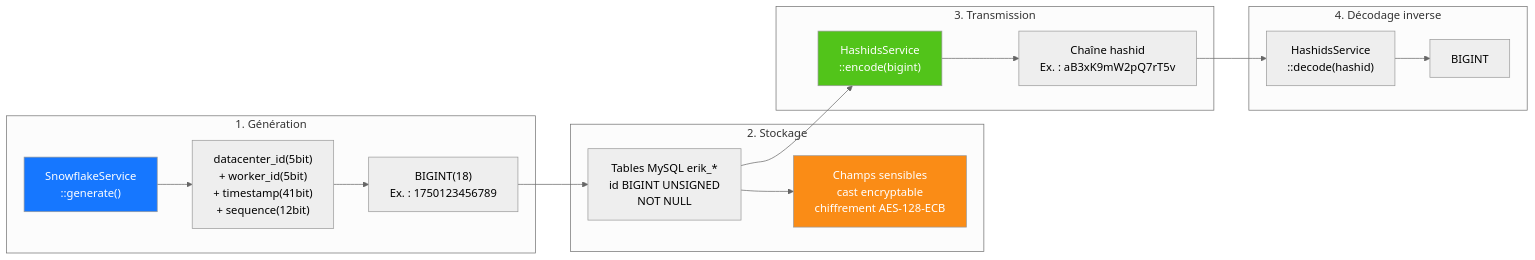
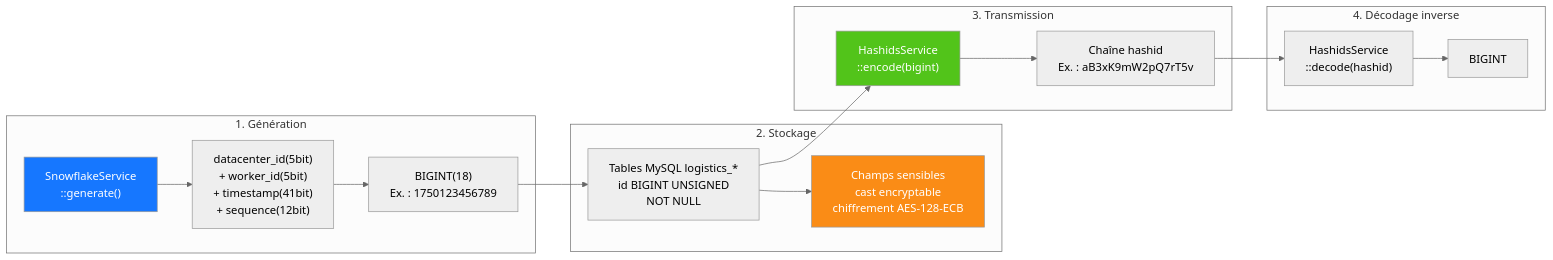
Before and after one commit to erikwang2013/integrated-global-logistics: the seventh of 14 diagrams in admin/docs/ARCHITECTURE.fr.md, drawn with Mermaid (neutral theme). The commit also changed other lines of this file and 211 other files, not shown here.

````diff
--- a/admin/docs/ARCHITECTURE.fr.md
+++ b/admin/docs/ARCHITECTURE.fr.md
@@ -364,33 +364,33 @@
 ```mermaid
 flowchart LR
     subgraph "1. Génération"
         G1["SnowflakeService<br/>::generate()"]
         G2["datacenter_id(5bit)<br/>+ worker_id(5bit)<br/>+ timestamp(41bit)<br/>+ sequence(12bit)"]
         G3["BIGINT(18)<br/>Ex. : 1750123456789"]
         G1 --> G2 --> G3
     end
 
     subgraph "2. Stockage"
-        S1["Tables MySQL erik_*<br/>id BIGINT UNSIGNED<br/>NOT NULL"]
+        S1["Tables MySQL logistics_*<br/>id BIGINT UNSIGNED<br/>NOT NULL"]
         S2["Champs sensibles<br/>cast encryptable<br/>chiffrement AES-128-ECB"]
         G3 --> S1
         S1 --> S2
     end
 
     subgraph "3. Transmission"
         T1["HashidsService<br/>::encode(bigint)"]
         T2["Chaîne hashid<br/>Ex. : aB3xK9mW2pQ7rT5v"]
         S1 --> T1
         T1 --> T2
     end
 
     subgraph "4. Décodage inverse"
         R1["HashidsService<br/>::decode(hashid)"]
         R2["BIGINT"]
         T2 --> R1 --> R2
     end
 
     style G1 fill:#1677FF,color:#fff
     style T1 fill:#52C41A,color:#fff
     style S2 fill:#FA8C16,color:#fff
 ```
````
